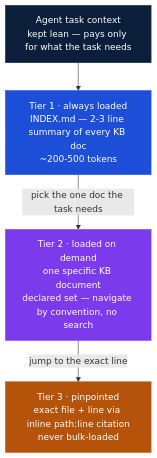
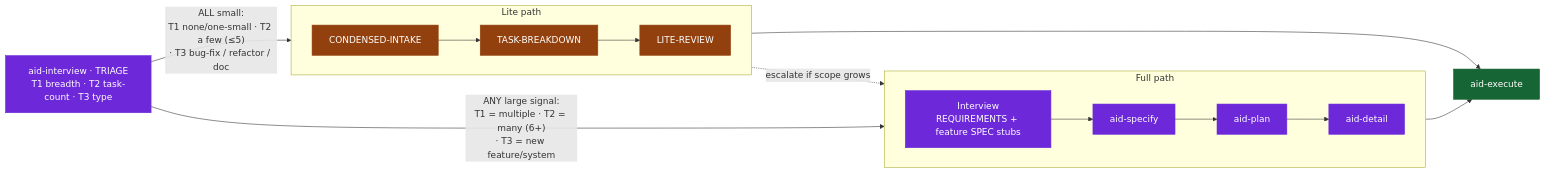
The second of 3 diagrams in README.md (AndreVianna/aid-methodology), drawn with Mermaid before and after one commit. The commit also changed other lines of this file and 4 other files, not shown here.

````diff
--- a/README.md
+++ b/README.md
@@ -172,16 +166,29 @@
 ```mermaid
-flowchart TB
-    classDef ctx fill:#0B1F3A,stroke:#0B1F3A,color:#ffffff
-    classDef t1 fill:#1D4ED8,stroke:#1D4ED8,color:#ffffff
-    classDef t2 fill:#7C3AED,stroke:#7C3AED,color:#ffffff
-    classDef t3 fill:#B45309,stroke:#B45309,color:#ffffff
+flowchart LR
+    classDef def   fill:#6D28D9,stroke:#6D28D9,color:#ffffff
+    classDef exe   fill:#166534,stroke:#166534,color:#ffffff
+    classDef lite  fill:#92400E,stroke:#92400E,color:#ffffff
 
-    Agent["Agent task context<br/>kept lean — pays only for what the task needs"]:::ctx
-    T1["Tier 1 · always loaded<br/>INDEX.md — 2-3 line summary of every KB doc<br/>~200-500 tokens"]:::t1
-    T2["Tier 2 · loaded on demand<br/>one specific KB document<br/>declared set — navigate by convention, no search"]:::t2
-    T3["Tier 3 · pinpointed<br/>exact file + line via inline path:line citation<br/>never bulk-loaded"]:::t3
+    Triage["aid-interview · TRIAGE<br/>T1 breadth · T2 task-count · T3 type"]:::def
 
-    Agent --> T1
-    T1 -- "pick the one doc the task needs" --> T2
-    T2 -- "jump to the exact line" --> T3
+    subgraph FullPath[" Full path "]
+        direction LR
+        F1["Interview<br/>REQUIREMENTS + feature SPEC stubs"]:::def
+        F2["aid-specify"]:::def
+        F3["aid-plan"]:::def
+        F4["aid-detail"]:::def
+    end
+    subgraph LitePath[" Lite path "]
+        direction LR
+        L1["CONDENSED-INTAKE"]:::lite
+        L2["TASK-BREAKDOWN"]:::lite
+        L3["LITE-REVIEW"]:::lite
+    end
+    Exec["aid-execute"]:::exe
+
+    Triage -- "ANY large signal:<br/>T1 = multiple · T2 = many (6+)<br/>· T3 = new feature/system" --> F1
+    F1 --> F2 --> F3 --> F4 --> Exec
+    Triage -- "ALL small:<br/>T1 none/one-small · T2 a few (≤5)<br/>· T3 bug-fix / refactor / doc" --> L1
+    L1 --> L2 --> L3 --> Exec
+    L3 -. "escalate if scope grows" .-> F1
 ```
````
